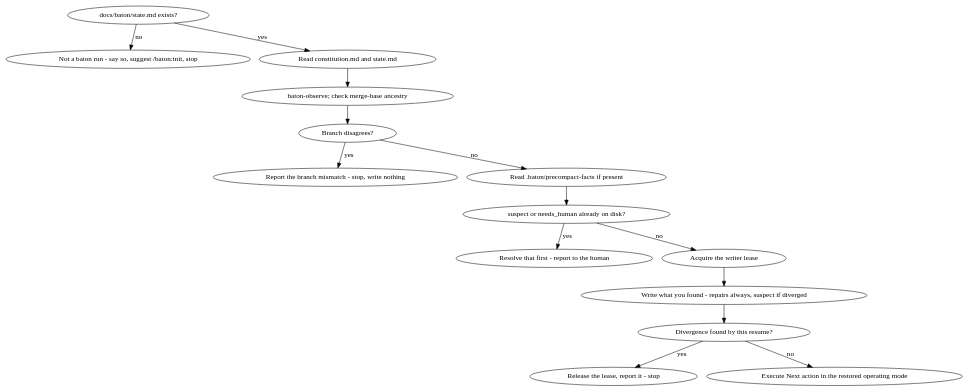
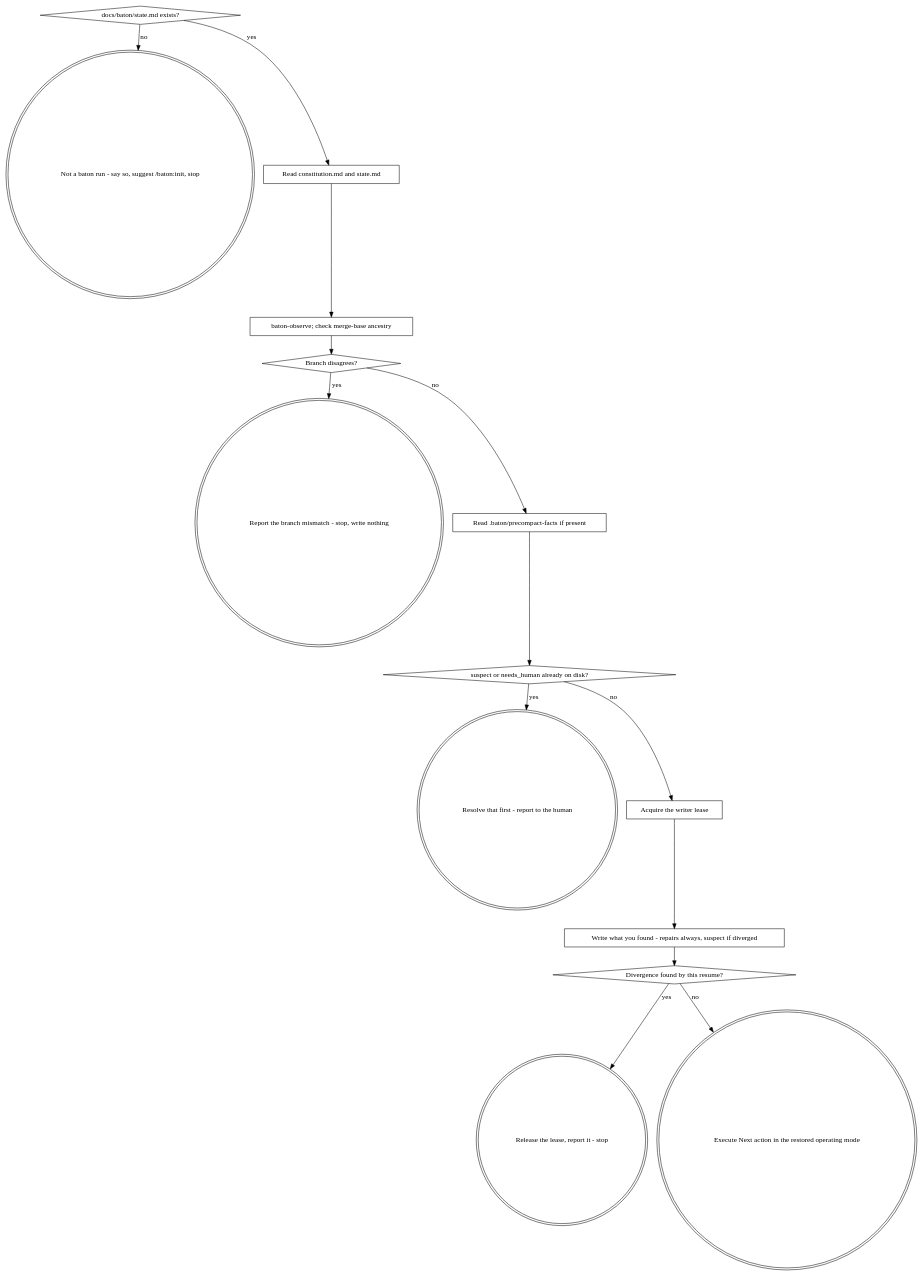
Before and after one commit to the-practice-company/bench: the diagram in plugins/baton/skills/baton-resume/SKILL.md, drawn with Graphviz. The commit also changed other lines of this file and 1 other file, not shown here.

Commit message:
baton-resume: the shapes are the graph's vocabulary, and the branch belongs in Red Flags

````diff
--- a/plugins/baton/skills/baton-resume/SKILL.md
+++ b/plugins/baton/skills/baton-resume/SKILL.md
@@ -16,17 +16,32 @@
 ```dot
 digraph resume {
+    "docs/baton/state.md exists?" [shape=diamond];
+    "Not a baton run - say so, suggest /baton:init, stop" [shape=doublecircle];
+    "Read constitution.md and state.md" [shape=box];
+    "baton-observe; check merge-base ancestry" [shape=box];
+    "Branch disagrees?" [shape=diamond];
+    "Report the branch mismatch - stop, write nothing" [shape=doublecircle];
+    "Read .baton/precompact-facts if present" [shape=box];
+    "suspect or needs_human already on disk?" [shape=diamond];
+    "Resolve that first - report to the human" [shape=doublecircle];
+    "Acquire the writer lease" [shape=box];
+    "Write what you found - repairs always, suspect if diverged" [shape=box];
+    "Divergence found by this resume?" [shape=diamond];
+    "Release the lease, report it - stop" [shape=doublecircle];
+    "Execute Next action in the restored operating mode" [shape=doublecircle];
+
     "docs/baton/state.md exists?" -> "Not a baton run - say so, suggest /baton:init, stop" [label="no"];
     "docs/baton/state.md exists?" -> "Read constitution.md and state.md" [label="yes"];
     "Read constitution.md and state.md" -> "baton-observe; check merge-base ancestry";
     "baton-observe; check merge-base ancestry" -> "Branch disagrees?";
     "Branch disagrees?" -> "Report the branch mismatch - stop, write nothing" [label="yes"];
     "Branch disagrees?" -> "Read .baton/precompact-facts if present" [label="no"];
     "Read .baton/precompact-facts if present" -> "suspect or needs_human already on disk?";
     "suspect or needs_human already on disk?" -> "Resolve that first - report to the human" [label="yes"];
     "suspect or needs_human already on disk?" -> "Acquire the writer lease" [label="no"];
     "Acquire the writer lease" -> "Write what you found - repairs always, suspect if diverged";
     "Write what you found - repairs always, suspect if diverged" -> "Divergence found by this resume?";
     "Divergence found by this resume?" -> "Release the lease, report it - stop" [label="yes"];
     "Divergence found by this resume?" -> "Execute Next action in the restored operating mode" [label="no"];
 }
 ```
````
